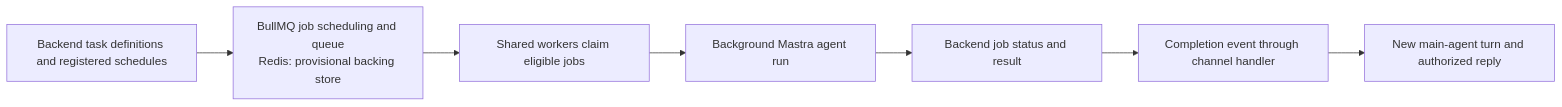
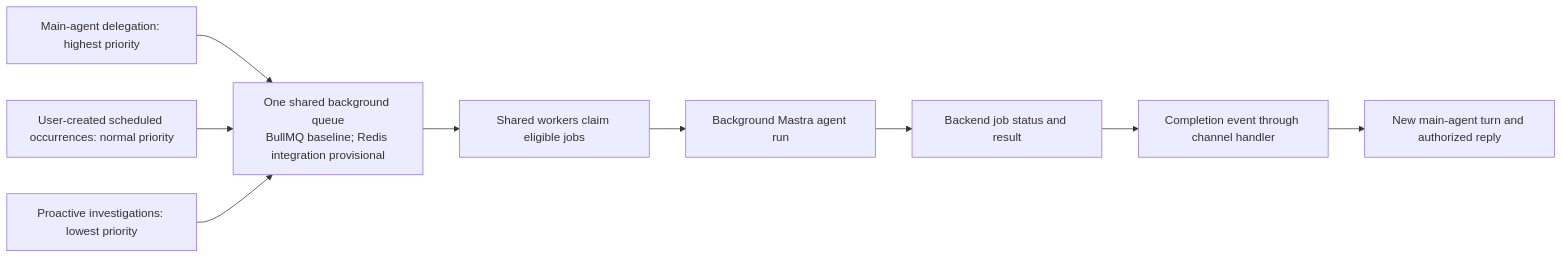
One commit to hsignals/ms-agentic-be changed the second of 2 diagrams in docs/architecture.md. Above: the diagram before and after it, drawn with Mermaid. The commit also changed other lines of this file and 29 other files, not shown here.

````diff
--- a/docs/architecture.md
+++ b/docs/architecture.md
@@ -129,9 +139,11 @@
 ```mermaid
 flowchart LR
-    T["Backend task definitions and registered schedules"] --> Q["BullMQ job scheduling and queue<br/>Redis: provisional backing store"]
+    A["Main-agent delegation: highest priority"] --> Q["One shared background queue<br/>BullMQ baseline; Redis integration provisional"]
+    T["User-created scheduled occurrences: normal priority"] --> Q
+    P["Proactive investigations: lowest priority"] --> Q
     Q --> W["Shared workers claim eligible jobs"]
     W --> R["Background Mastra agent run"]
     R --> D["Backend job status and result"]
     D --> O["Completion event through channel handler"]
     O --> M["New main-agent turn and authorized reply"]
 ```
````
